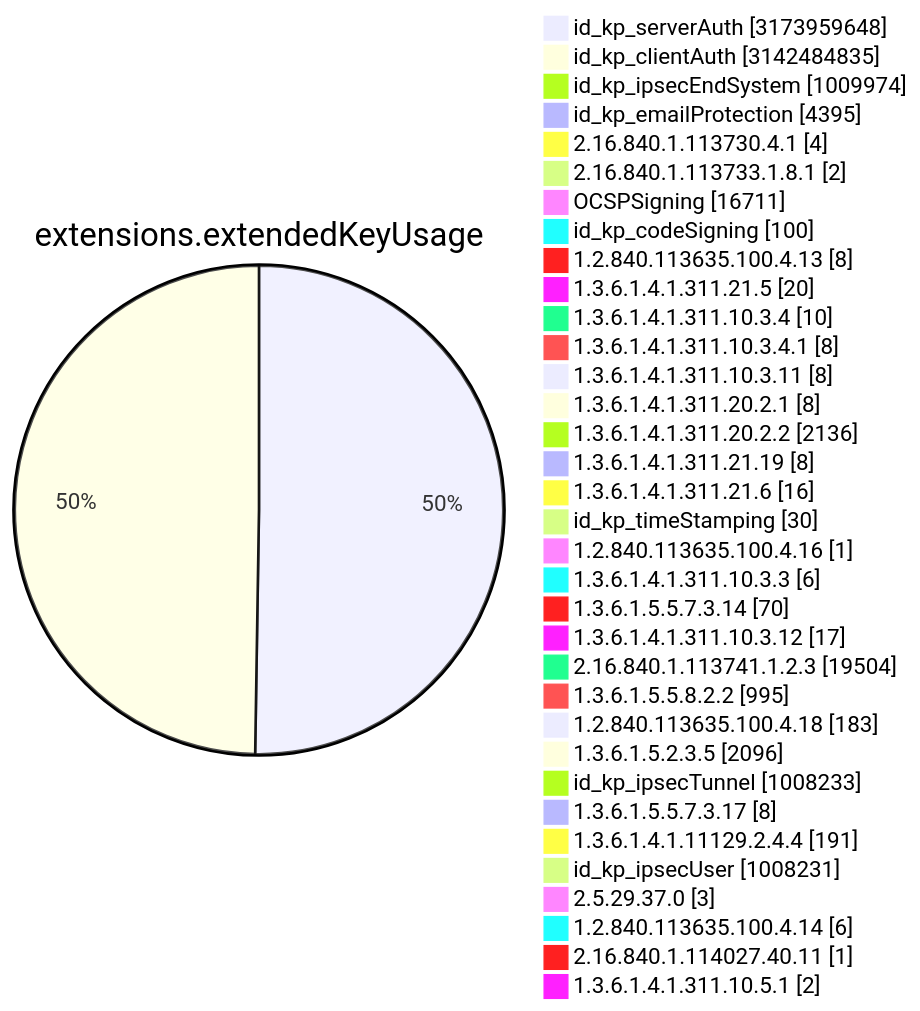
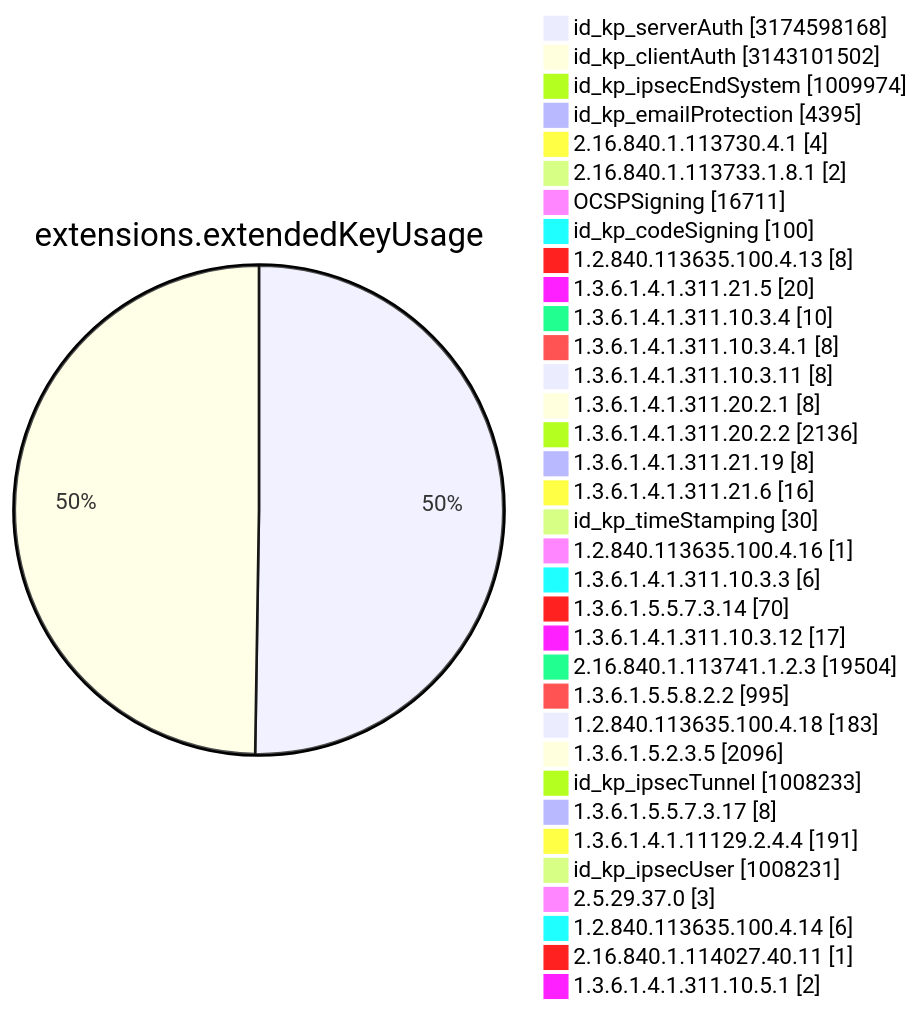
Diagram 11 of 15 in TOTAL/README.md (christiankrug/ctmonitor_visualization), drawn with Mermaid before and after one commit. The commit also changed other lines of this file, not shown here.

````diff
--- a/TOTAL/README.md
+++ b/TOTAL/README.md
@@ -4119,38 +4119,38 @@
 ```mermaid
 pie showData
 title extensions.extendedKeyUsage
-"id_kp_serverAuth" :3173959648
-"id_kp_clientAuth" :3142484835
+"id_kp_serverAuth" :3174598168
+"id_kp_clientAuth" :3143101502
 "id_kp_ipsecEndSystem" :1009974
 "id_kp_emailProtection" :4395
 "2.16.840.1.113730.4.1" :4
 "2.16.840.1.113733.1.8.1" :2
 "OCSPSigning" :16711
 "id_kp_codeSigning" :100
 "1.2.840.113635.100.4.13" :8
 "1.3.6.1.4.1.311.21.5" :20
 "1.3.6.1.4.1.311.10.3.4" :10
 "1.3.6.1.4.1.311.10.3.4.1" :8
 "1.3.6.1.4.1.311.10.3.11" :8
 "1.3.6.1.4.1.311.20.2.1" :8
 "1.3.6.1.4.1.311.20.2.2" :2136
 "1.3.6.1.4.1.311.21.19" :8
 "1.3.6.1.4.1.311.21.6" :16
 "id_kp_timeStamping" :30
 "1.2.840.113635.100.4.16" :1
 "1.3.6.1.4.1.311.10.3.3" :6
 "1.3.6.1.5.5.7.3.14" :70
 "1.3.6.1.4.1.311.10.3.12" :17
 "2.16.840.1.113741.1.2.3" :19504
 "1.3.6.1.5.5.8.2.2" :995
 "1.2.840.113635.100.4.18" :183
 "1.3.6.1.5.2.3.5" :2096
 "id_kp_ipsecTunnel" :1008233
 "1.3.6.1.5.5.7.3.17" :8
 "1.3.6.1.4.1.11129.2.4.4" :191
 "id_kp_ipsecUser" :1008231
 "2.5.29.37.0" :3
 "1.2.840.113635.100.4.14" :6
 "2.16.840.1.114027.40.11" :1
 "1.3.6.1.4.1.311.10.5.1" :2
 ```
````
